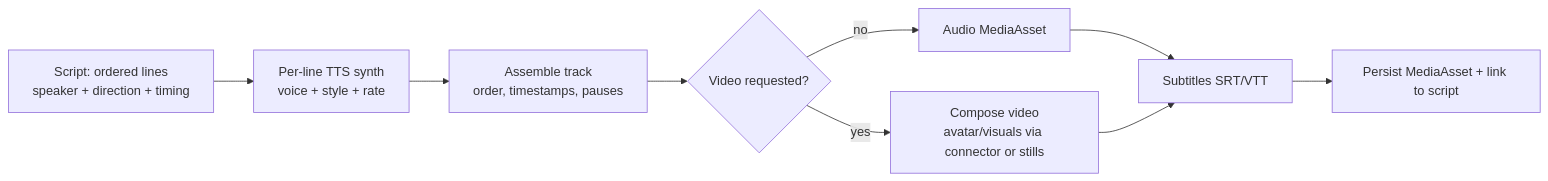
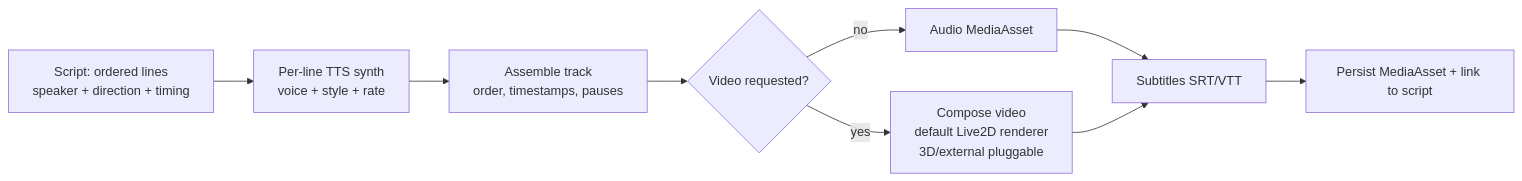
The first of 3 diagrams in docs/10-feature-realtime-and-media-generation.md (Nagino-Reina/NagiFlow), drawn with Mermaid before and after one commit. The commit also changed other lines of this file and 8 other files, not shown here.

Commit message:
Update documentation to include built-in Live2D avatar renderer and pluggable rendering capabilities

````diff
--- a/docs/10-feature-realtime-and-media-generation.md
+++ b/docs/10-feature-realtime-and-media-generation.md
@@ -40,11 +40,11 @@
 ```mermaid
 flowchart LR
     A[Script: ordered lines<br/>speaker + direction + timing] --> B[Per-line TTS synth<br/>voice + style + rate]
     B --> C[Assemble track<br/>order, timestamps, pauses]
     C --> D{Video requested?}
     D -- no --> E[Audio MediaAsset]
-    D -- yes --> F[Compose video<br/>avatar/visuals via connector or stills]
+    D -- yes --> F[Compose video<br/>default Live2D renderer<br/>3D/external pluggable]
     E --> G[Subtitles SRT/VTT]
     F --> G
     G --> H[Persist MediaAsset + link to script]
 ```
````
